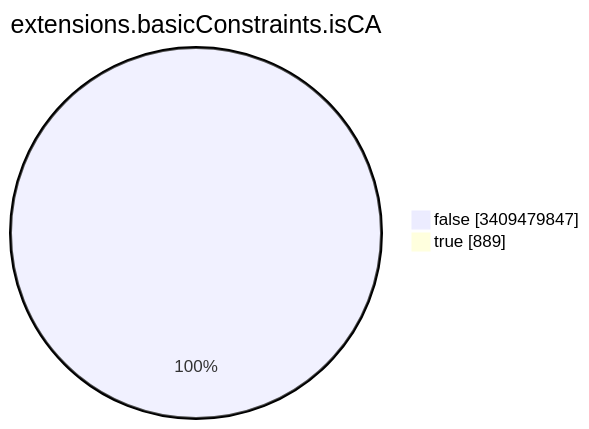
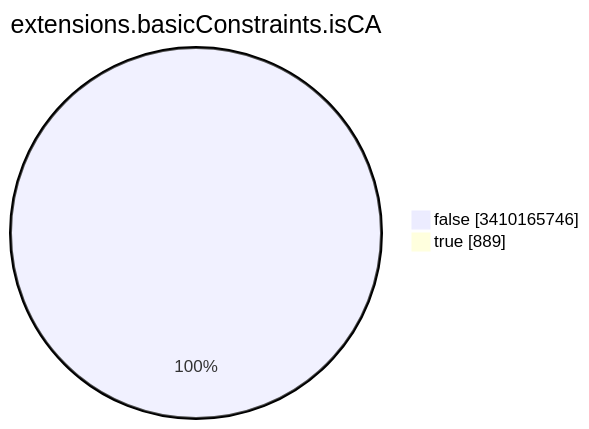
The seventh of 15 diagrams in TOTAL/README.md (christiankrug/ctmonitor_visualization), drawn with Mermaid before and after one commit. The commit also changed other lines of this file, not shown here.

````diff
--- a/TOTAL/README.md
+++ b/TOTAL/README.md
@@ -3092,6 +3092,6 @@
 ```mermaid
 pie showData
 title extensions.basicConstraints.isCA
-"false" :3409479847
+"false" :3410165746
 "true" :889
 ```
````
